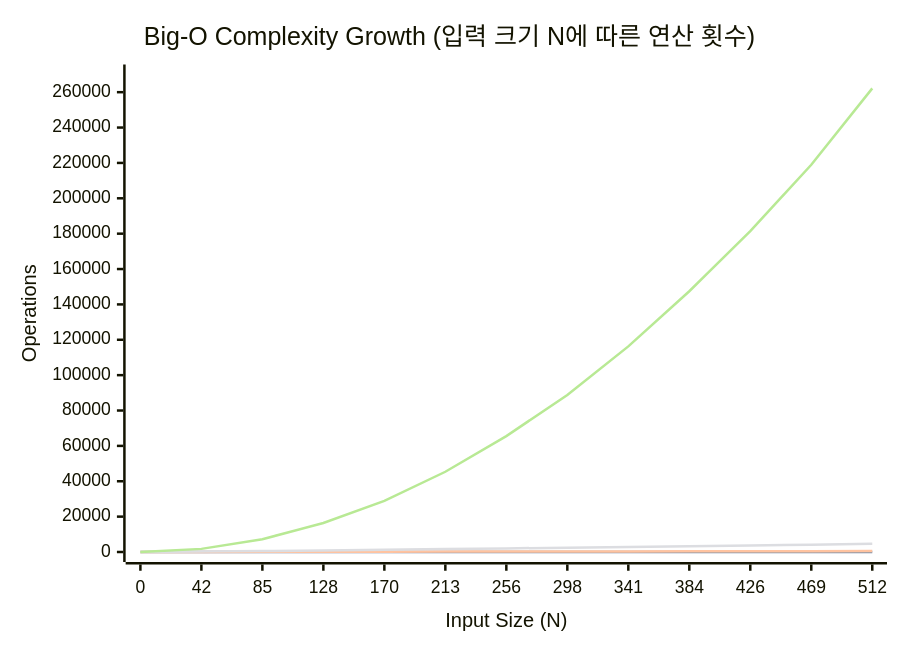
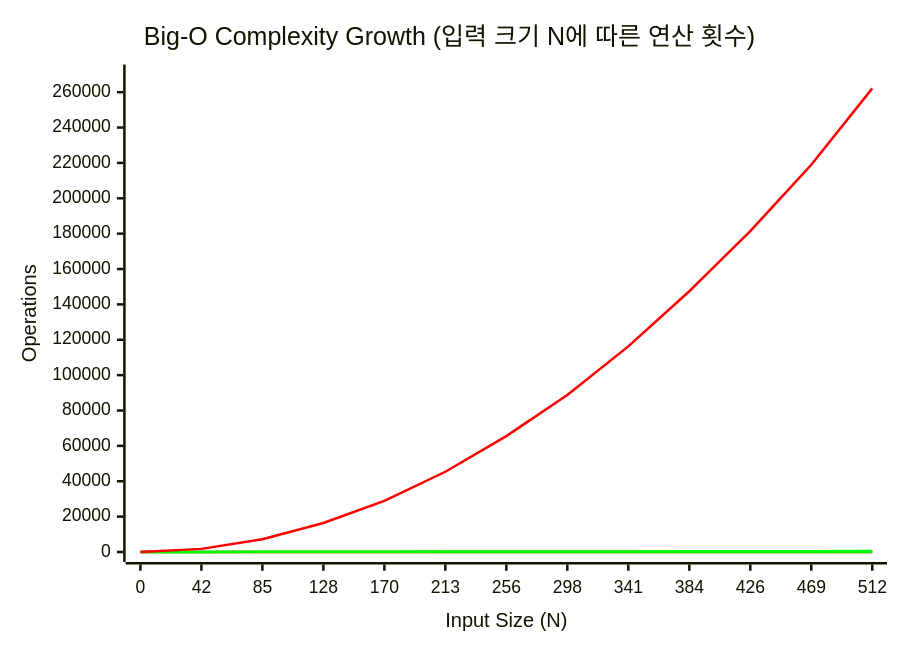
Before and after one commit to youngmin-gwon/what-i-studied: the sixth of 6 diagrams in 01_inbox/algorithm/00_fundamentals/complexity-and-big-o.md, drawn with Mermaid. The commit also changed other lines of this file and 188 other files, not shown here.

````diff
--- a/01_inbox/algorithm/00_fundamentals/complexity-and-big-o.md
+++ b/01_inbox/algorithm/00_fundamentals/complexity-and-big-o.md
@@ -113,12 +118,12 @@
 ```mermaid
-%%{init: {'theme':'base', 'themeVariables': { 'xyChart': {'backgroundColor': 'transparent'}}}}%%
+%%{init: {'theme':'base', 'themeVariables': { 'xyChart': {'backgroundColor': 'transparent', 'plotColorPalette': '#FF0000, #0FF000, #00FF00, #000FF0 #0000FF'}}}}%%
 xychart-beta
     title "Big-O Complexity Growth (입력 크기 N에 따른 연산 횟수)"
     x-axis "Input Size (N)" [0, 42, 85, 128, 170, 213, 256, 298, 341, 384, 426, 469, 512]
     y-axis "Operations" 0 --> 270000
     line "O(1)" [1, 1, 1, 1, 1, 1, 1, 1, 1, 1, 1, 1, 1]
     line "O(log n)" [0, 5.4, 6.4, 7, 7.4, 7.7, 8, 8.2, 8.4, 8.6, 8.7, 8.9, 9]
     line "O(n)" [0, 42, 85, 128, 170, 213, 256, 298, 341, 384, 426, 469, 512]
     line "O(n log n)" [0, 227, 546, 896, 1259, 1641, 2048, 2450, 2872, 3296, 3727, 4165, 4608]
     line "O(n²)" [0, 1764, 7225, 16384, 28900, 45369, 65536, 88804, 116281, 147456, 181476, 218961, 262144]
 ```
````
